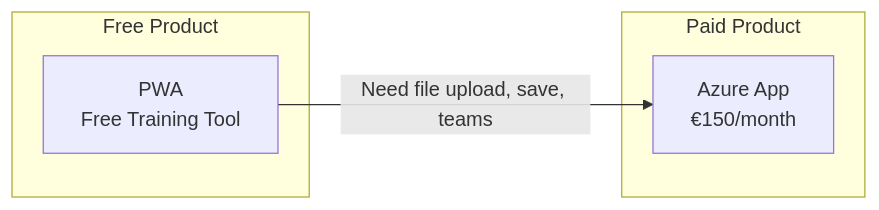
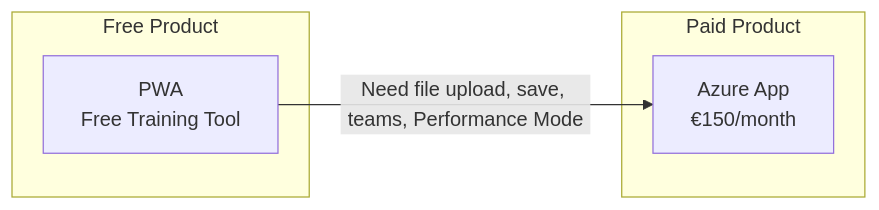
One commit to jukka-matti/variscout changed the diagram in docs/08-products/index.md. Above: the diagram before and after it, drawn with Mermaid. The commit also changed 3 other files, not shown here.

````diff
--- a/docs/08-products/index.md
+++ b/docs/08-products/index.md
@@ -13,12 +13,12 @@
 ```mermaid
 flowchart LR
     subgraph Paid["Paid Product"]
         A[Azure App<br/>€150/month]
     end
 
     subgraph Free["Free Product"]
         C[PWA<br/>Free Training Tool]
     end
 
-    C -->|"Need file upload, save, teams"| A
+    C -->|"Need file upload, save, teams, Performance Mode"| A
 ```
````
